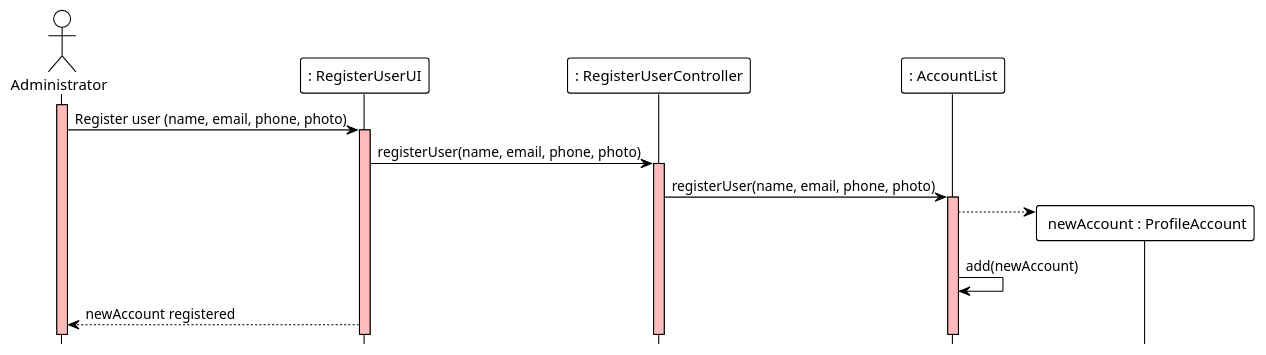
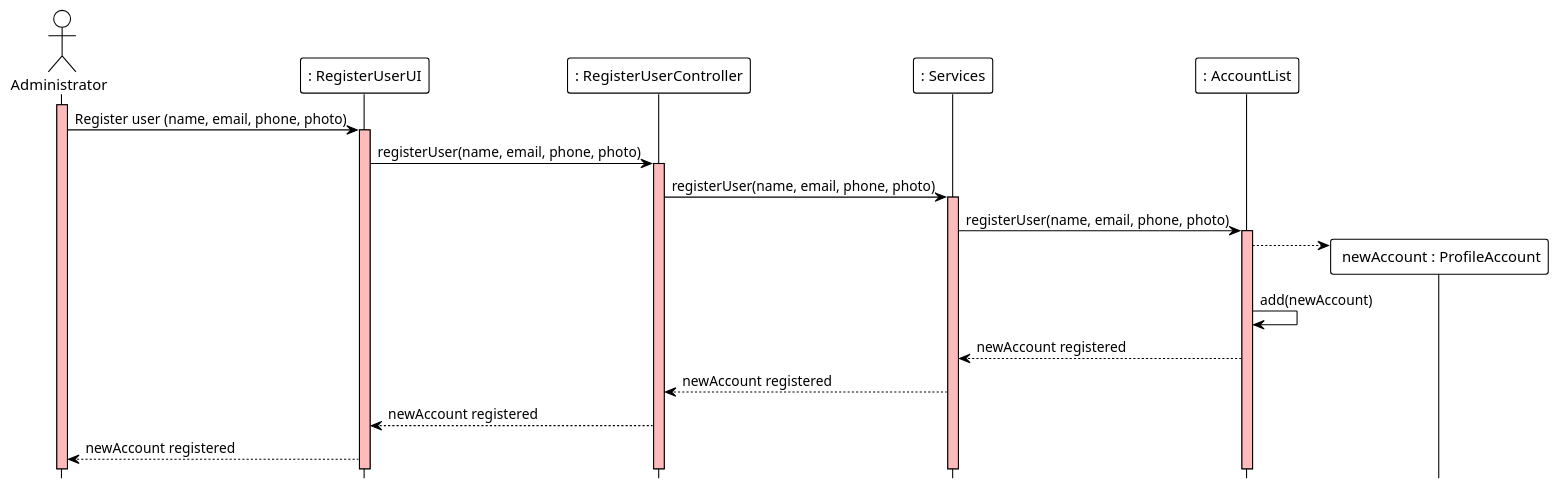
Before and after one commit to ivo-menezes/project_g3: the diagram in docs/modelling_design/user_stories/us002/US002_RegisterUserSD.puml, drawn with PlantUML.

Commit message:
US002: Analysis: Update Register User SD

```diff
--- a/docs/modelling_design/user_stories/us002/US002_RegisterUserSD.puml
+++ b/docs/modelling_design/user_stories/us002/US002_RegisterUserSD.puml
@@ -1,21 +1,26 @@
 @startuml
 !theme plain
 hide footbox
 actor Administrator  as Administrator
 participant ": RegisterUserUI" as UI
 participant ": RegisterUserController" as Controller
+participant ": Services" as Services
 participant ": AccountList" as List
 
 activate Administrator #FFBBBB
 Administrator ->  UI : Register user (name, email, phone, photo)
 activate UI #FFBBBB
 UI -> Controller : registerUser(name, email, phone, photo)
 activate Controller #FFBBBB
-Controller -> List : registerUser(name, email, phone, photo)
+Controller -> Services : registerUser(name, email, phone, photo)
+activate Services #FFBBBB
+Services -> List : registerUser(name, email, phone, photo)
 activate List #FFBBBB
 
 List -->" newAccount : ProfileAccount" **
 List -> List : add(newAccount)
-
+List --> Services : newAccount registered
+Services --> Controller : newAccount registered
+Controller --> UI : newAccount registered
 UI --> Administrator : newAccount registered
 @enduml
```
